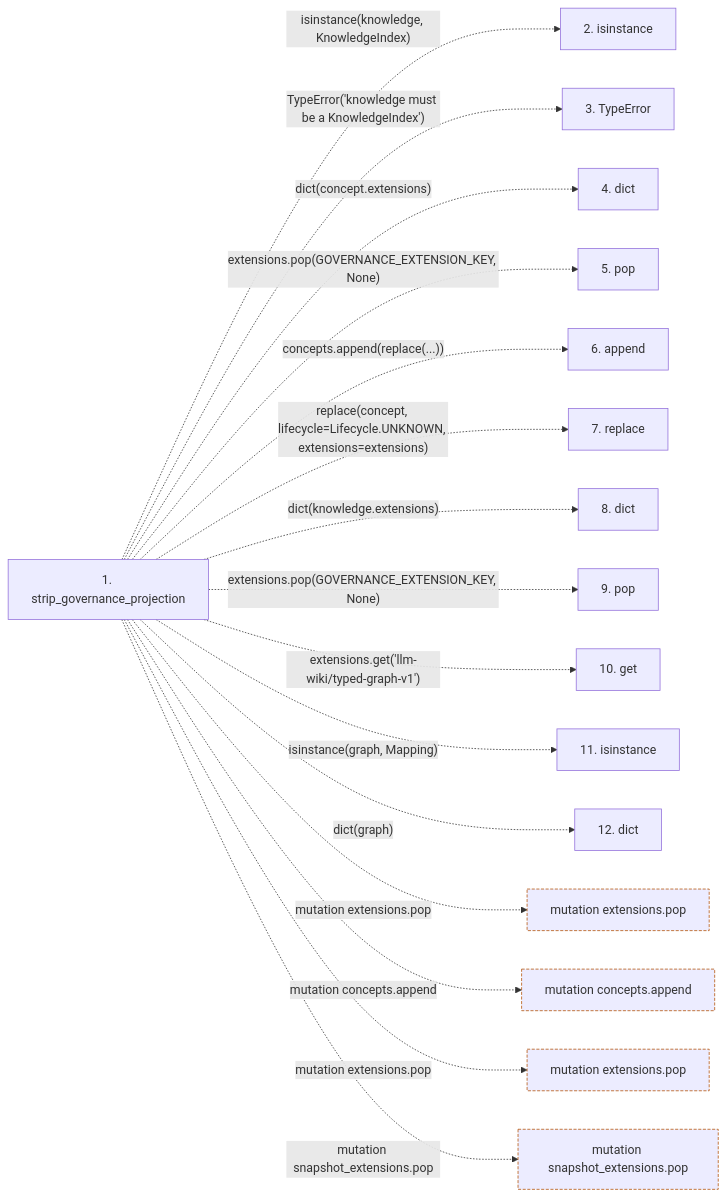
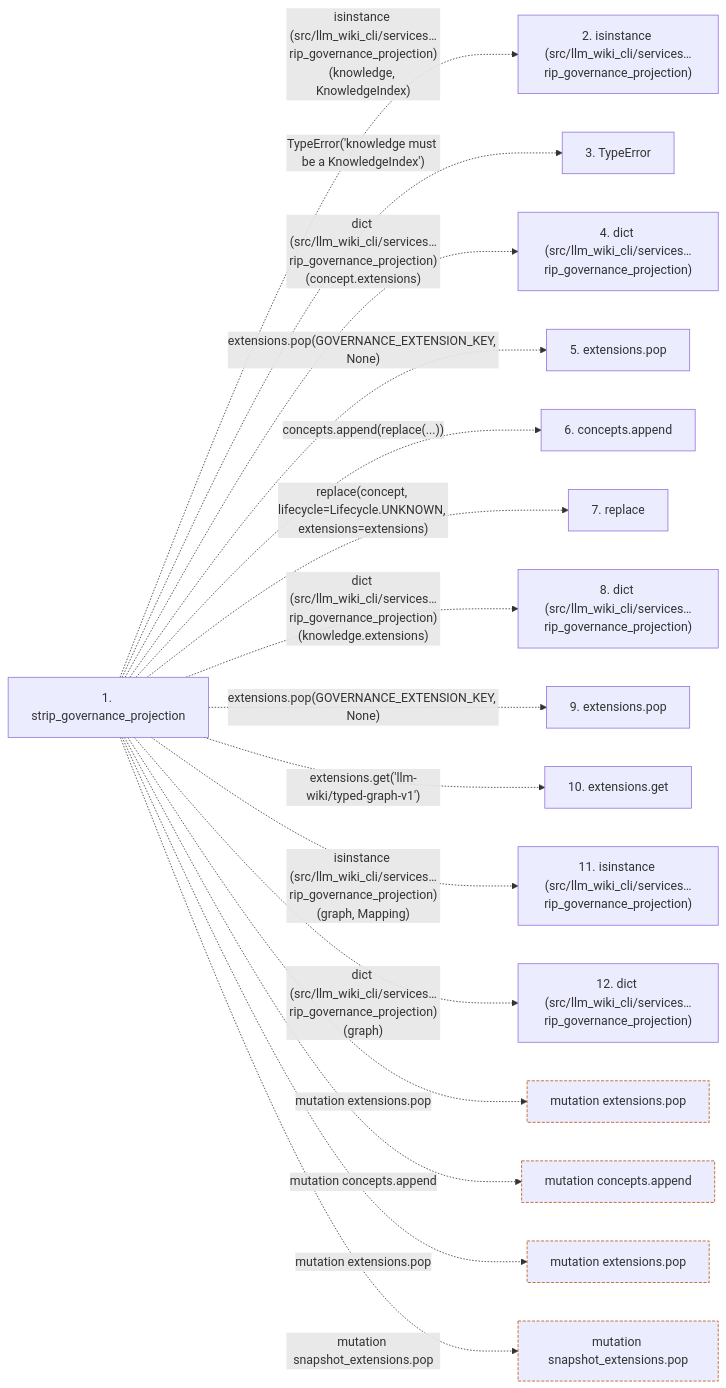
One commit to Denissvgn/python-wiki-llm changed the second of 2 diagrams in docs/llm_wiki/flows/api-strip_governance_projection.md. Above: the diagram before and after it, drawn with Mermaid. The commit also changed other lines of this file and 719 other files, not shown here.

````diff
--- a/docs/llm_wiki/flows/api-strip_governance_projection.md
+++ b/docs/llm_wiki/flows/api-strip_governance_projection.md
@@ -77,40 +82,40 @@
 ```mermaid
 flowchart LR
     s1["1. strip_governance_projection"]
-    s2["2. isinstance"]
+    s2["2. isinstance (src/llm_wiki_cli/services…rip_governance_projection)"]
     s3["3. TypeError"]
-    s4["4. dict"]
-    s5["5. pop"]
-    s6["6. append"]
+    s4["4. dict (src/llm_wiki_cli/services…rip_governance_projection)"]
+    s5["5. extensions.pop"]
+    s6["6. concepts.append"]
     s7["7. replace"]
-    s8["8. dict"]
-    s9["9. pop"]
-    s10["10. get"]
-    s11["11. isinstance"]
-    s12["12. dict"]
-    s1 -. "isinstance(knowledge, KnowledgeIndex)" .-> s2
+    s8["8. dict (src/llm_wiki_cli/services…rip_governance_projection)"]
+    s9["9. extensions.pop"]
+    s10["10. extensions.get"]
+    s11["11. isinstance (src/llm_wiki_cli/services…rip_governance_projection)"]
+    s12["12. dict (src/llm_wiki_cli/services…rip_governance_projection)"]
+    s1 -. "isinstance (src/llm_wiki_cli/services…rip_governance_projection)(knowledge, KnowledgeIndex)" .-> s2
     s1 -. "TypeError('knowledge must be a KnowledgeIndex')" .-> s3
-    s1 -. "dict(concept.extensions)" .-> s4
+    s1 -. "dict (src/llm_wiki_cli/services…rip_governance_projection)(concept.extensions)" .-> s4
     s1 -. "extensions.pop(GOVERNANCE_EXTENSION_KEY, None)" .-> s5
     s1 -. "concepts.append(replace(...))" .-> s6
     s1 -. "replace(concept, lifecycle=Lifecycle.UNKNOWN, extensions=extensions)" .-> s7
-    s1 -. "dict(knowledge.extensions)" .-> s8
+    s1 -. "dict (src/llm_wiki_cli/services…rip_governance_projection)(knowledge.extensions)" .-> s8
     s1 -. "extensions.pop(GOVERNANCE_EXTENSION_KEY, None)" .-> s9
     s1 -. "extensions.get('llm-wiki/typed-graph-v1')" .-> s10
-    s1 -. "isinstance(graph, Mapping)" .-> s11
-    s1 -. "dict(graph)" .-> s12
+    s1 -. "isinstance (src/llm_wiki_cli/services…rip_governance_projection)(graph, Mapping)" .-> s11
+    s1 -. "dict (src/llm_wiki_cli/services…rip_governance_projection)(graph)" .-> s12
     b0["mutation extensions.pop"]
     s1 -. "mutation extensions.pop" .-> b0
     b1["mutation concepts.append"]
     s1 -. "mutation concepts.append" .-> b1
     b2["mutation extensions.pop"]
     s1 -. "mutation extensions.pop" .-> b2
     b3["mutation snapshot_extensions.pop"]
     s1 -. "mutation snapshot_extensions.pop" .-> b3
     click s1 "../modules/knowledge_governance.md"
     classDef boundary stroke:#b45309,stroke-dasharray: 4 2
     class b0 boundary
     class b1 boundary
     class b2 boundary
     class b3 boundary
 ```
````
